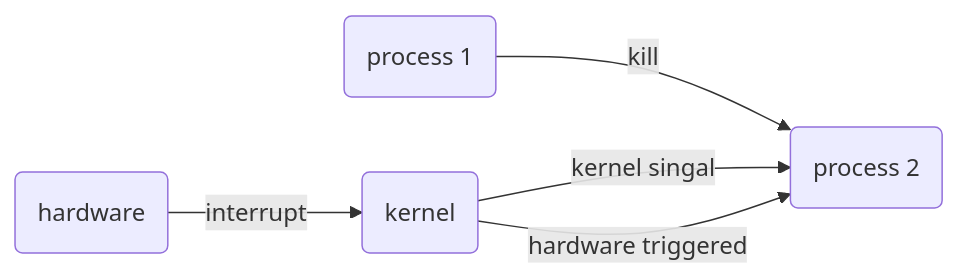
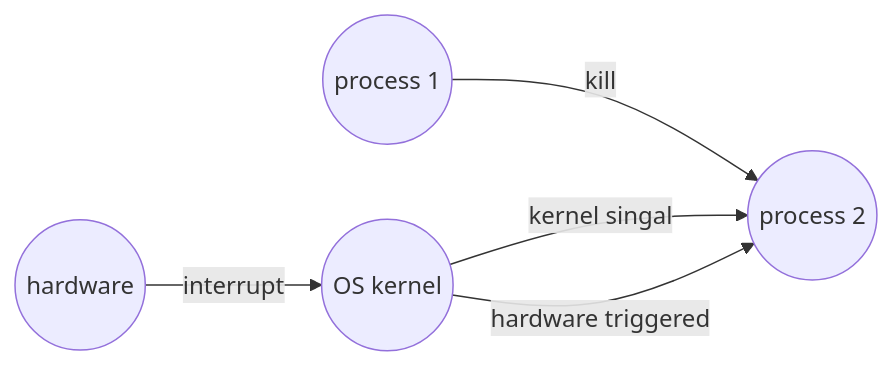
The diagram in Dev/Linux系统API/06.信号/01.信号基础.md (qffa/personalnote), drawn with Mermaid before and after one commit. The commit also changed 23 other files, not shown here.

````diff
--- a/Dev/Linux系统API/06.信号/01.信号基础.md
+++ b/Dev/Linux系统API/06.信号/01.信号基础.md
@@ -21,7 +21,7 @@
 ```mermaid
 graph LR;
-  id1(process 1) --kill--> id2(process 2)
-  id3(hardware) --interrupt--> id4(kernel)
+  id1((process 1)) --kill--> id2((process 2))
+  id3((hardware)) --interrupt--> id4((OS kernel))
   id4 --kernel singal--> id2
   id4 --hardware triggered--> id2
 ```
````
